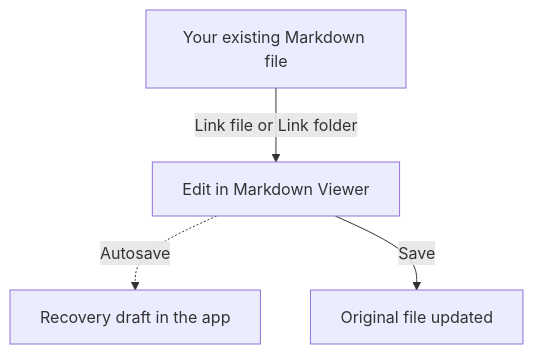
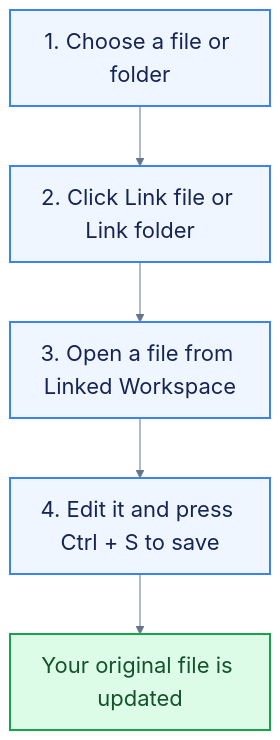
One commit to ThisIs-Developer/Markdown-Viewer changed the diagram in assets/linked-workspace-guide.md. Above: the diagram before and after it, drawn with Mermaid. The commit also changed other lines of this file and 7 other files, not shown here.

````diff
--- a/assets/linked-workspace-guide.md
+++ b/assets/linked-workspace-guide.md
@@ -18,8 +15,15 @@
 ```mermaid
+%%{init: {"theme": "base", "themeVariables": {"fontSize": "22px", "lineColor": "#64748b"}, "flowchart": {"rankSpacing": 60, "curve": "linear"}}}%%
 flowchart TD
-    accTitle: From an existing file to a saved edit
-    accDescr: Link an existing Markdown file or folder, then edit in Markdown Viewer. Autosave keeps a recovery draft in the app. Save updates the original file.
-    original["Your existing Markdown file"] -->|Link file or Link folder| editor["Edit in Markdown Viewer"]
-    editor -.->|Autosave| draft["Recovery draft in the app"]
-    editor -->|Save| saved["Original file updated"]
+    accTitle: Link, edit, and save an existing file
+    accDescr: Choose a file or folder, link it, open a file from Linked Workspace, then edit and save to update the original.
+    A["1. Choose a file or folder"] --> B["2. Click Link file or Link folder"]
+    B --> C["3. Open a file from Linked Workspace"]
+    C --> D["4. Edit it and press Ctrl + S to save"]
+    D --> E["Your original file is updated"]
+
+    classDef step fill:#eff6ff,stroke:#3b82f6,stroke-width:2px,color:#172554;
+    classDef finish fill:#dcfce7,stroke:#16a34a,stroke-width:2px,color:#14532d;
+    class A,B,C,D step;
+    class E finish;
 ```
````
